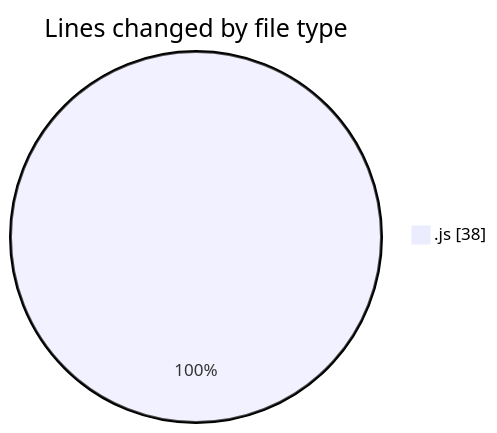
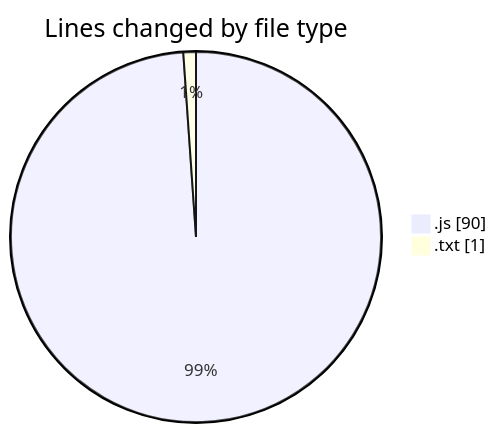
One commit to BS-eng2023/code-tracking changed the first of 2 diagrams in 2025-03-17/nodejs/README.md. Above: the diagram before and after it, drawn with Mermaid. The commit also changed other lines of this file and 1 other file, not shown here.

````diff
--- a/2025-03-17/nodejs/README.md
+++ b/2025-03-17/nodejs/README.md
@@ -20,5 +22,6 @@
 ```mermaid
 pie showData
 title Lines changed by file type
-".js" : 38
+".js" : 90
+".txt" : 1
 ```
````
